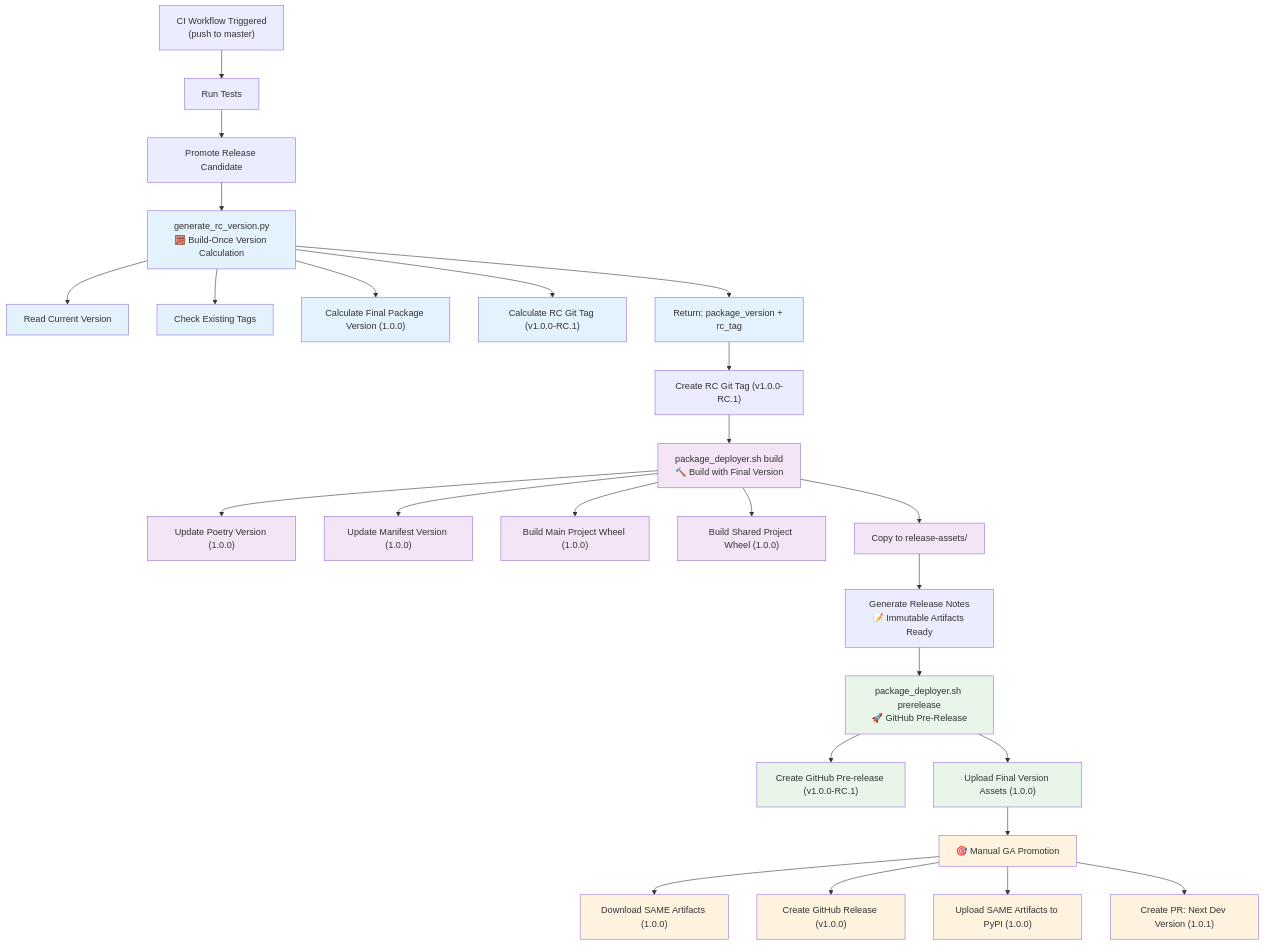
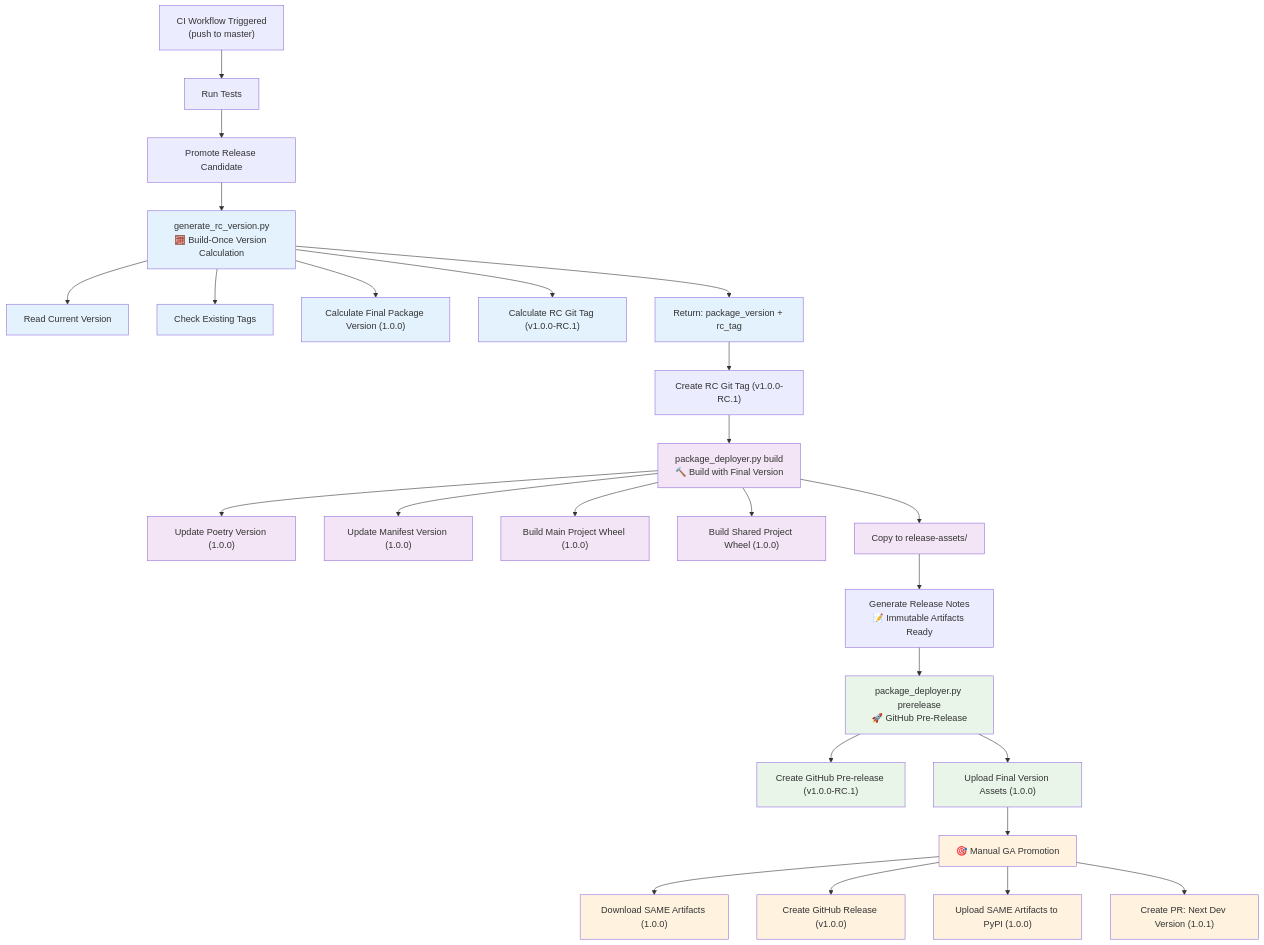
One commit to ZachiNachshon/provisioner changed the diagram in docs/ci-promote-version.md. Above: the diagram before and after it, drawn with Mermaid. The commit also changed 6 other files, not shown here.

Commit message:
refactor(ci): replace package_deployer.sh with Python

````diff
--- a/docs/ci-promote-version.md
+++ b/docs/ci-promote-version.md
@@ -1,57 +1,57 @@
 ```mermaid
 graph TD
     A["CI Workflow Triggered<br/>(push to master)"] --> B["Run Tests"]
     B --> C["Promote Release Candidate"]
     
     C --> D["generate_rc_version.py<br/>🧮 Build-Once Version Calculation"]
     D --> D1["Read Current Version"]
     D --> D2["Check Existing Tags"]
     D --> D3["Calculate Final Package Version (1.0.0)"]
     D --> D4["Calculate RC Git Tag (v1.0.0-RC.1)"]
     D --> D5["Return: package_version + rc_tag"]
     
     D5 --> E["Create RC Git Tag (v1.0.0-RC.1)"]
-    E --> F["package_deployer.sh build<br/>🔨 Build with Final Version"]
+    E --> F["package_deployer.py build<br/>🔨 Build with Final Version"]
     F --> F1["Update Poetry Version (1.0.0)"]
     F --> F2["Update Manifest Version (1.0.0)"]
     F --> F3["Build Main Project Wheel (1.0.0)"]
     F --> F4["Build Shared Project Wheel (1.0.0)"]
     F --> F5["Copy to release-assets/"]
     
     F5 --> G["Generate Release Notes<br/>📝 Immutable Artifacts Ready"]
-    G --> H["package_deployer.sh prerelease<br/>🚀 GitHub Pre-Release"]
+    G --> H["package_deployer.py prerelease<br/>🚀 GitHub Pre-Release"]
     H --> H1["Create GitHub Pre-release (v1.0.0-RC.1)"]
     H --> H2["Upload Final Version Assets (1.0.0)"]
     
     H2 --> I["🎯 Manual GA Promotion"]
     I --> I1["Download SAME Artifacts (1.0.0)"]
     I --> I2["Create GitHub Release (v1.0.0)"]
     I --> I3["Upload SAME Artifacts to PyPI (1.0.0)"]
     I --> I4["Create PR: Next Dev Version (1.0.1)"]
     
     style D fill:#e3f2fd
     style F fill:#f3e5f5
     style H fill:#e8f5e8
     style I fill:#fff3e0
     style D1 fill:#e3f2fd
     style D2 fill:#e3f2fd
     style D3 fill:#e3f2fd
     style D4 fill:#e3f2fd
     style D5 fill:#e3f2fd
     style F1 fill:#f3e5f5
     style F2 fill:#f3e5f5
     style F3 fill:#f3e5f5
     style F4 fill:#f3e5f5
     style F5 fill:#f3e5f5
     style H1 fill:#e8f5e8
     style H2 fill:#e8f5e8
     style I1 fill:#fff3e0
     style I2 fill:#fff3e0
     style I3 fill:#fff3e0
     style I4 fill:#fff3e0
     
     classDef readOnly fill:#e3f2fd,stroke:#1976d2
     classDef buildOps fill:#f3e5f5,stroke:#7b1fa2
     classDef deployOps fill:#e8f5e8,stroke:#388e3c
     classDef promoteOps fill:#fff3e0,stroke:#f57c00
 ```
````
